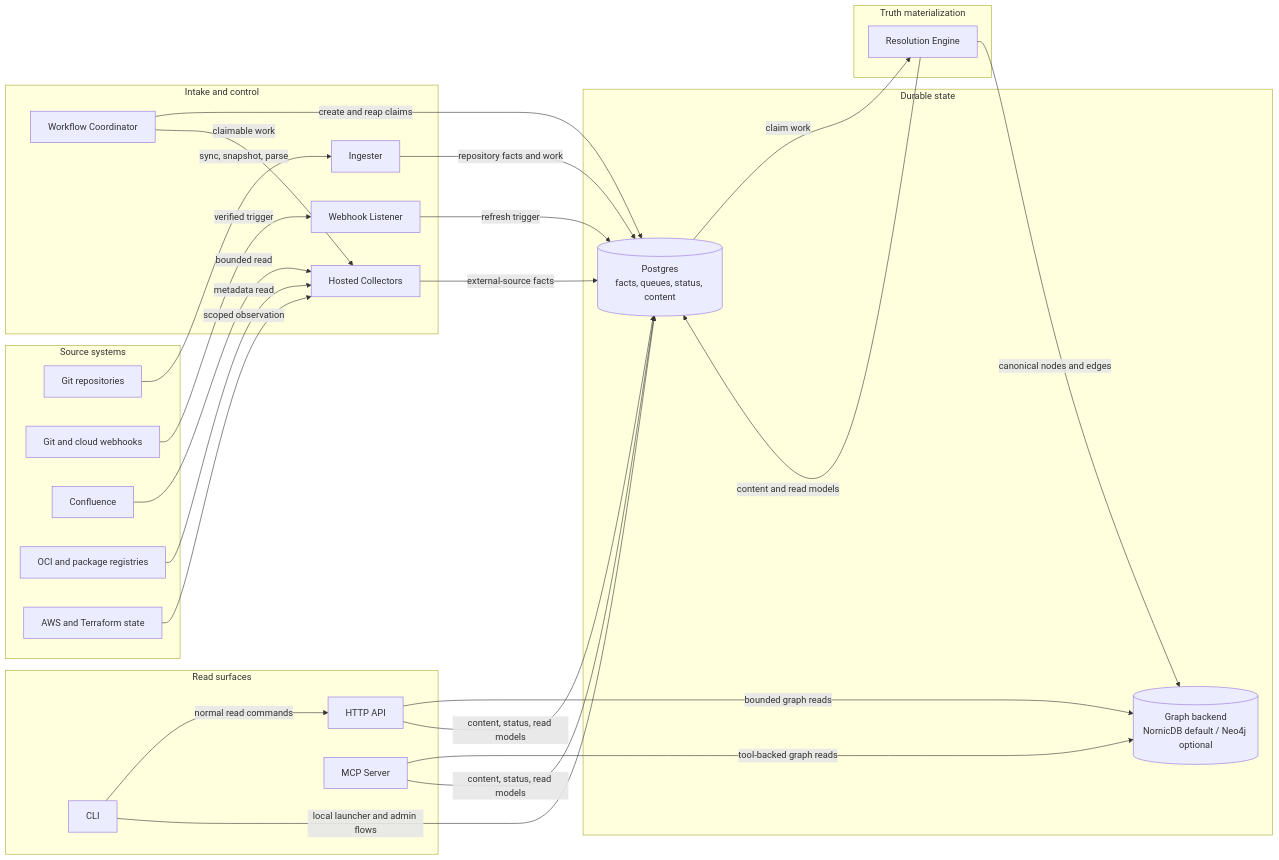
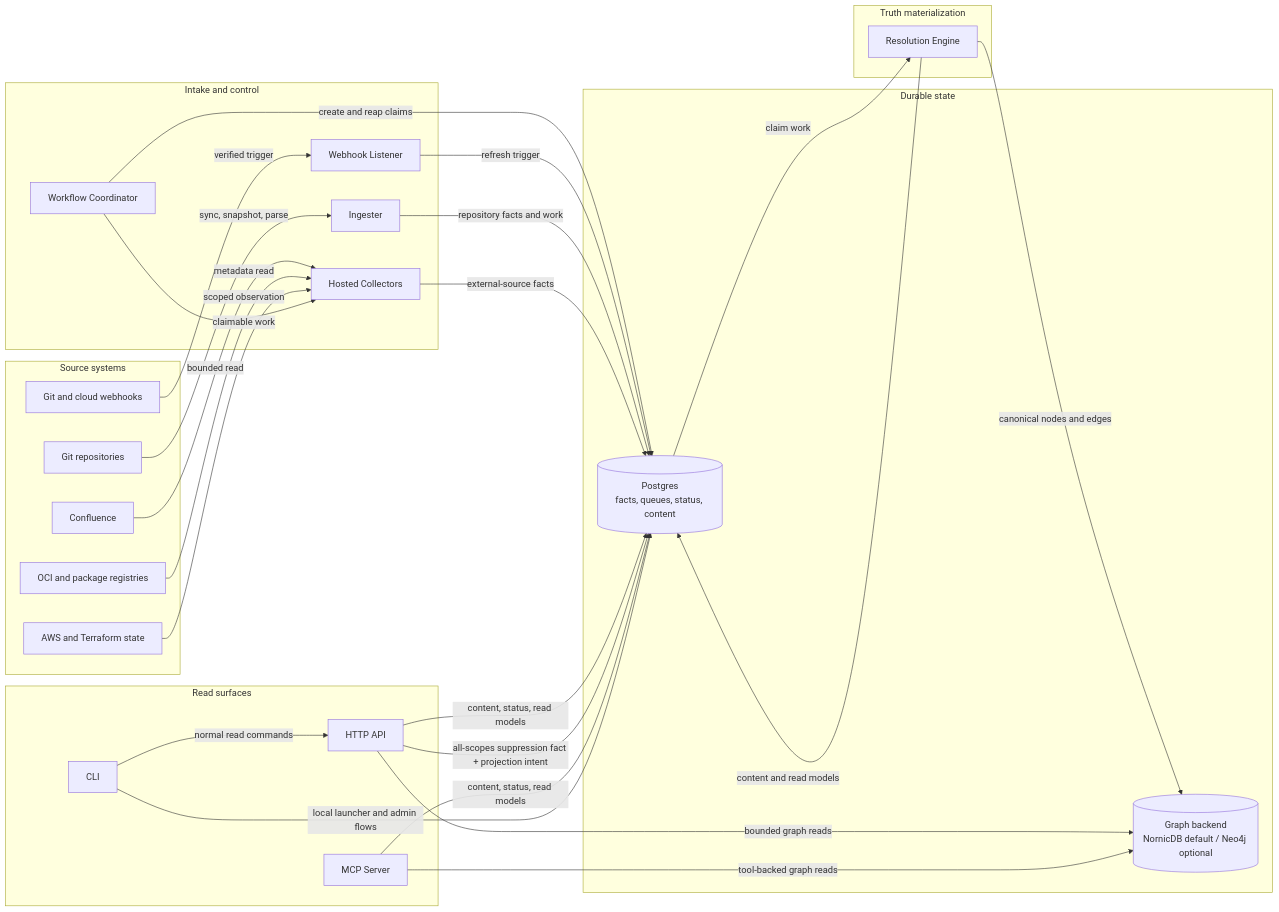
The first of 3 diagrams in docs/public/architecture.md (eshu-hq/eshu), drawn with Mermaid before and after one commit. The commit also changed other lines of this file and 59 other files, not shown here.

````diff
--- a/docs/public/architecture.md
+++ b/docs/public/architecture.md
@@ -30,52 +33,53 @@
 ```mermaid
 flowchart LR
   subgraph Sources["Source systems"]
     Git["Git repositories"]
     Hooks["Git and cloud webhooks"]
     Docs["Confluence"]
     Registries["OCI and package registries"]
     Cloud["AWS and Terraform state"]
   end
 
   subgraph Intake["Intake and control"]
     Ingester["Ingester"]
     Webhook["Webhook Listener"]
     Coordinator["Workflow Coordinator"]
     Collectors["Hosted Collectors"]
   end
 
   subgraph State["Durable state"]
     Postgres[("Postgres\nfacts, queues, status, content")]
     Graph[("Graph backend\nNornicDB default / Neo4j optional")]
   end
 
   subgraph Projection["Truth materialization"]
     Reducer["Resolution Engine"]
   end
 
   subgraph Reads["Read surfaces"]
     API["HTTP API"]
     MCP["MCP Server"]
     CLI["CLI"]
   end
 
   Git -->|"sync, snapshot, parse"| Ingester
   Hooks -->|"verified trigger"| Webhook
   Docs -->|"bounded read"| Collectors
   Registries -->|"metadata read"| Collectors
   Cloud -->|"scoped observation"| Collectors
   Coordinator -->|"create and reap claims"| Postgres
   Coordinator -->|"claimable work"| Collectors
   Webhook -->|"refresh trigger"| Postgres
   Ingester -->|"repository facts and work"| Postgres
   Collectors -->|"external-source facts"| Postgres
   Postgres -->|"claim work"| Reducer
   Reducer -->|"canonical nodes and edges"| Graph
   Reducer -->|"content and read models"| Postgres
   API -->|"bounded graph reads"| Graph
   API -->|"content, status, read models"| Postgres
+  API -->|"all-scopes suppression fact + projection intent"| Postgres
   MCP -->|"tool-backed graph reads"| Graph
   MCP -->|"content, status, read models"| Postgres
   CLI -->|"normal read commands"| API
   CLI -->|"local launcher and admin flows"| Postgres
 ```
````
